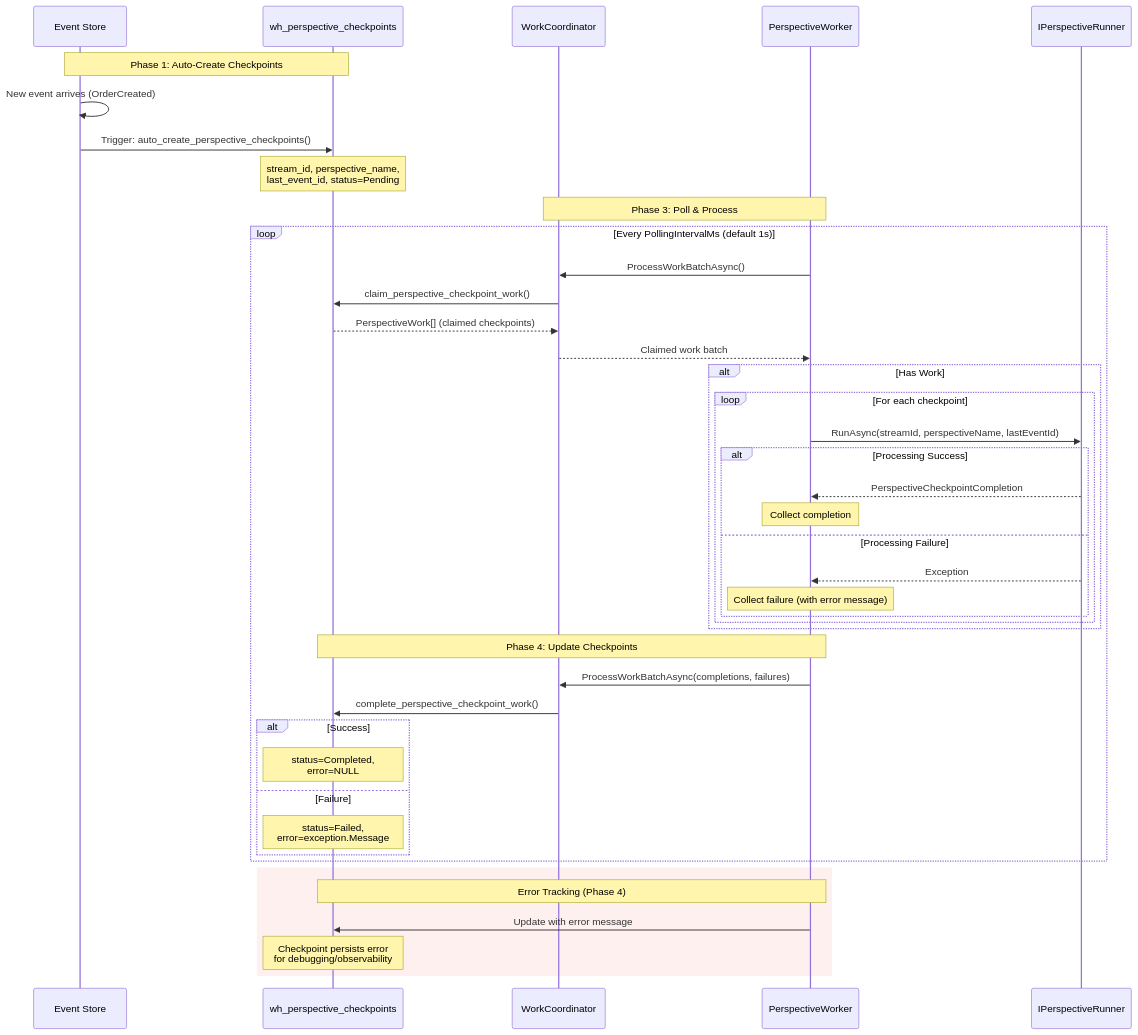
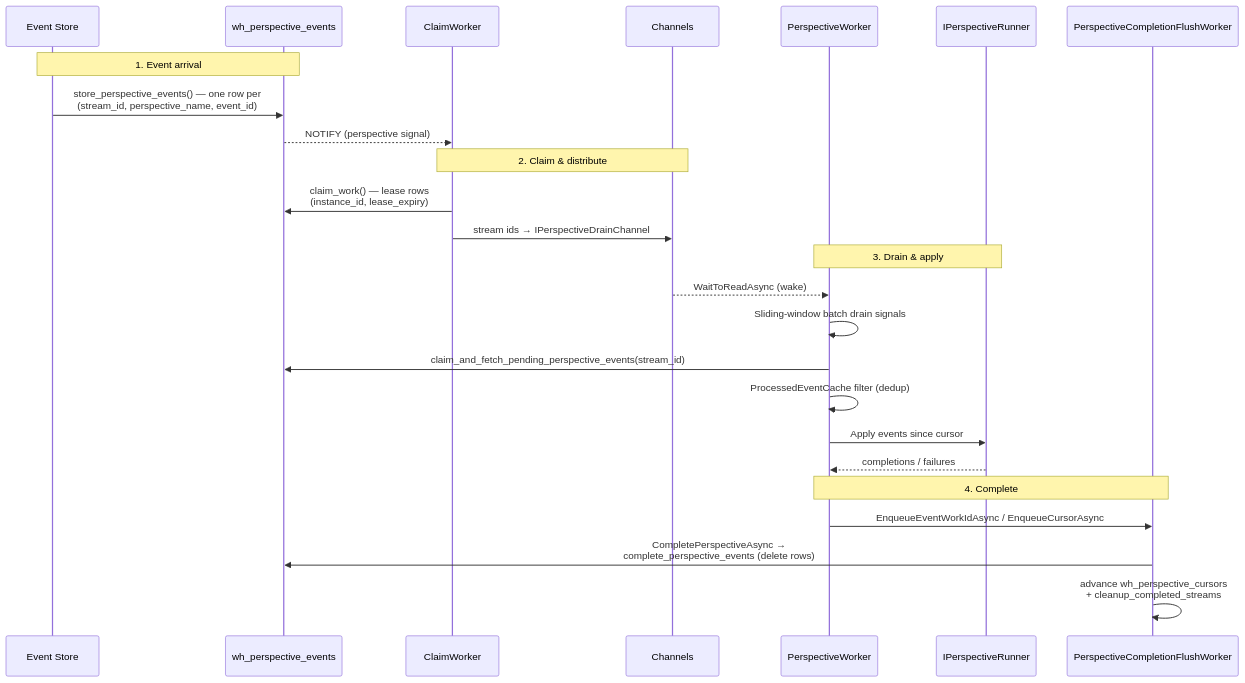
One commit to whizbang-lib/whizbang-lib.github.io changed the first of 4 diagrams in src/assets/docs/v1.0.0/operations/workers/perspective-worker.md. Above: the diagram before and after it, drawn with Mermaid. The commit also changed other lines of this file and 38 other files, not shown here.

First line of the commit message:
docs(verify): checkpoint — DLQ/observability + diagnostics-B/workers chunks

````diff
--- a/src/assets/docs/v1.0.0/operations/workers/perspective-worker.md
+++ b/src/assets/docs/v1.0.0/operations/workers/perspective-worker.md
@@ -203,49 +65,31 @@
 ```mermaid
 sequenceDiagram
     participant ES as Event Store
-    participant DB as wh_perspective_checkpoints
-    participant WC as WorkCoordinator
+    participant PE as wh_perspective_events
+    participant CW as ClaimWorker
+    participant CH as Channels
     participant PW as PerspectiveWorker
     participant PR as IPerspectiveRunner
+    participant FL as PerspectiveCompletionFlushWorker
 
-    Note over ES,DB: Phase 1: Auto-Create Checkpoints
-    ES->>ES: New event arrives (OrderCreated)
-    ES->>DB: Trigger: auto_create_perspective_checkpoints()
-    Note over DB: stream_id, perspective_name,<br/>last_event_id, status=Pending
+    Note over ES,PE: 1. Event arrival
+    ES->>PE: store_perspective_events() — one row per<br/>(stream_id, perspective_name, event_id)
+    PE-->>CW: NOTIFY (perspective signal)
 
-    Note over WC,PW: Phase 3: Poll & Process
-    loop Every PollingIntervalMs (default 1s)
-        PW->>WC: ProcessWorkBatchAsync()
-        WC->>DB: claim_perspective_checkpoint_work()
-        DB-->>WC: PerspectiveWork[] (claimed checkpoints)
-        WC-->>PW: Claimed work batch
+    Note over CW,CH: 2. Claim & distribute
+    CW->>PE: claim_work() — lease rows<br/>(instance_id, lease_expiry)
+    CW->>CH: stream ids → IPerspectiveDrainChannel
 
-        alt Has Work
-            loop For each checkpoint
-                PW->>PR: RunAsync(streamId, perspectiveName, lastEventId)
-                alt Processing Success
-                    PR-->>PW: PerspectiveCheckpointCompletion
-                    Note over PW: Collect completion
-                else Processing Failure
-                    PR-->>PW: Exception
-                    Note over PW: Collect failure (with error message)
-                end
-            end
-        end
+    Note over PW,PR: 3. Drain & apply
+    CH-->>PW: WaitToReadAsync (wake)
+    PW->>PW: Sliding-window batch drain signals
+    PW->>PE: claim_and_fetch_pending_perspective_events(stream_id)
+    PW->>PW: ProcessedEventCache filter (dedup)
+    PW->>PR: Apply events since cursor
+    PR-->>PW: completions / failures
 
-        Note over PW,DB: Phase 4: Update Checkpoints
-        PW->>WC: ProcessWorkBatchAsync(completions, failures)
-        WC->>DB: complete_perspective_checkpoint_work()
-        alt Success
-            Note over DB: status=Completed,<br/>error=NULL
-        else Failure
-            Note over DB: status=Failed,<br/>error=exception.Message
-        end
-    end
-
-    rect rgb(255, 240, 240)
-        Note over PW,DB: Error Tracking (Phase 4)
-        PW->>DB: Update with error message
-        Note over DB: Checkpoint persists error<br/>for debugging/observability
-    end
+    Note over PW,FL: 4. Complete
+    PW->>FL: EnqueueEventWorkIdAsync / EnqueueCursorAsync
+    FL->>PE: CompletePerspectiveAsync →<br/>complete_perspective_events (delete rows)
+    FL->>FL: advance wh_perspective_cursors<br/>+ cleanup_completed_streams
 ```
````
